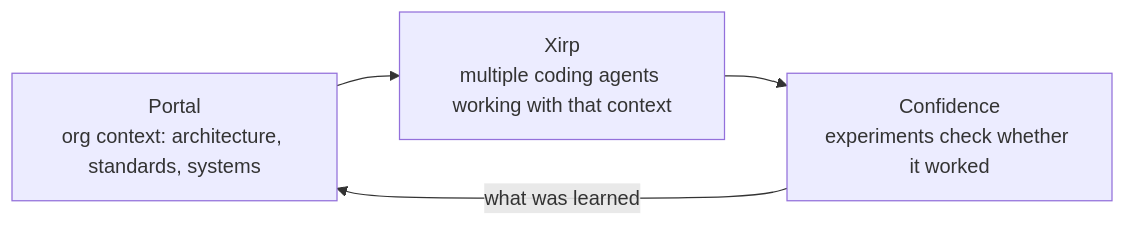
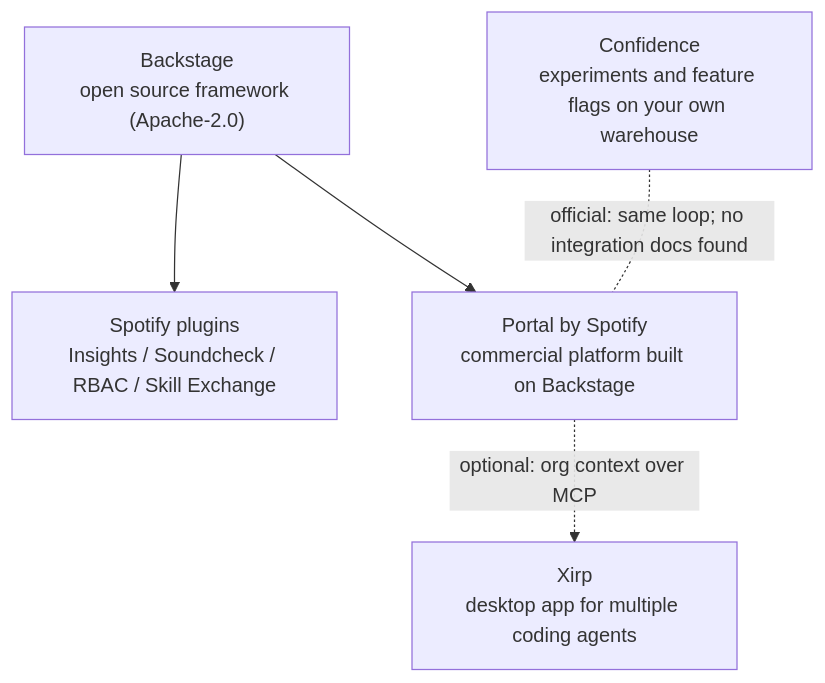
One commit to vincentxuu/quidproquo changed the diagram in src/content/posts/ai/2026-10-11-spotify-technology-rd-tools-en.md. Above: the diagram before and after it, drawn with Mermaid. The commit also changed other lines of this file and 1 other file, not shown here.

Commit message:
post(ai): 釐清 Backstage、Portal、外掛、Xirp、Confidence 的依賴關係
Claude-Session: https://claude.ai/code/session_01NtDfbYTmBpbGeu33VXu73i

````diff
--- a/src/content/posts/ai/2026-10-11-spotify-technology-rd-tools-en.md
+++ b/src/content/posts/ai/2026-10-11-spotify-technology-rd-tools-en.md
@@ -42,6 +44,12 @@
 ```mermaid
-flowchart LR
-  P["Portal<br/>org context: architecture, standards, systems"] --> X["Xirp<br/>multiple coding agents working with that context"]
-  X --> C["Confidence<br/>experiments check whether it worked"]
-  C -->|"what was learned"| P
+flowchart TB
+  B["Backstage<br/>open source framework (Apache-2.0)"]
+  PL["Spotify plugins<br/>Insights / Soundcheck / RBAC / Skill Exchange"]
+  P["Portal by Spotify<br/>commercial platform built on Backstage"]
+  X["Xirp<br/>desktop app for multiple coding agents"]
+  C["Confidence<br/>experiments and feature flags on your own warehouse"]
+  B --> PL
+  B --> P
+  P -. "optional: org context over MCP" .-> X
+  C -. "official: same loop; no integration docs found" .- P
 ```
````
